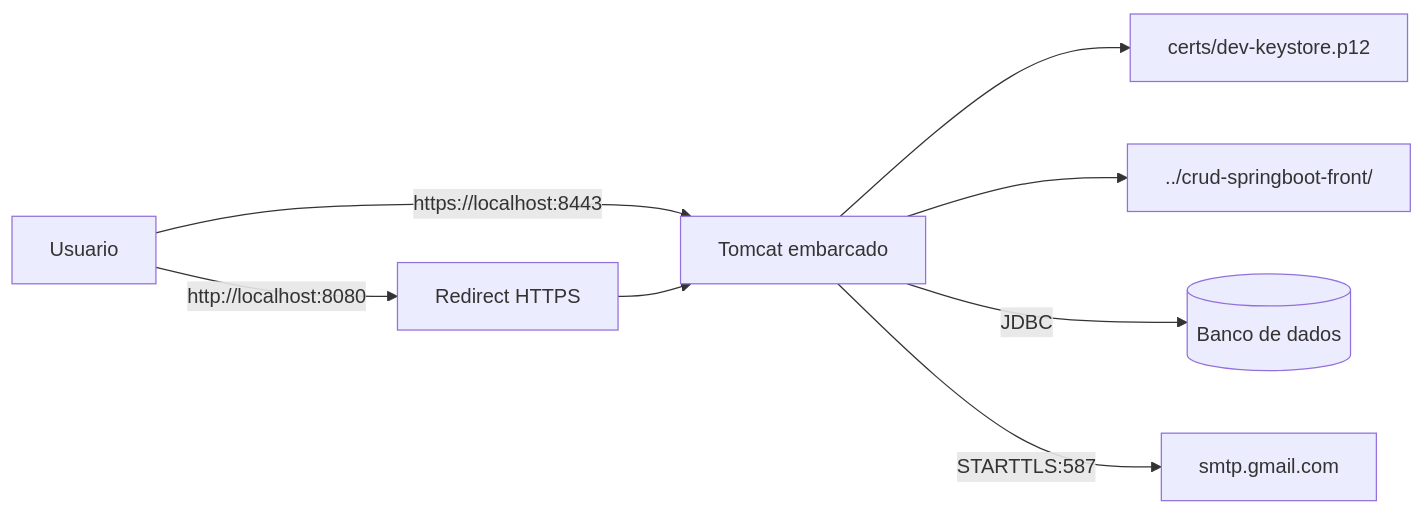
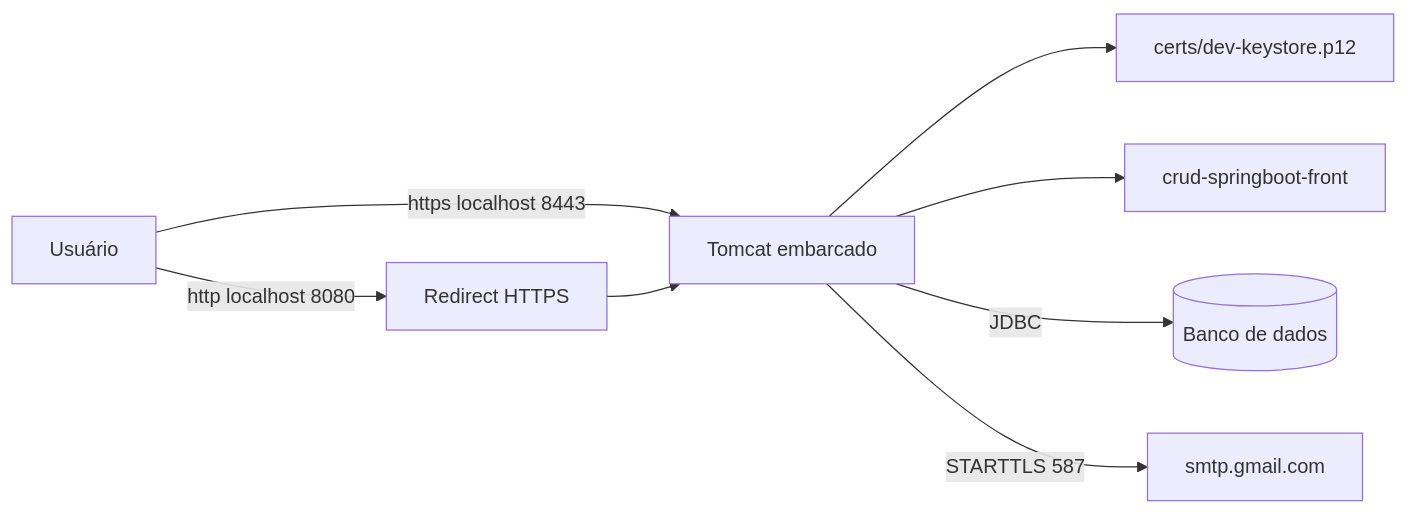
One commit to VictorHCSampaio/crud-springboot changed the second of 2 diagrams in docs/security-controls.md. Above: the diagram before and after it, drawn with Mermaid. The commit also changed other lines of this file and 6 other files, not shown here.

````diff
--- a/docs/security-controls.md
+++ b/docs/security-controls.md
@@ -60,10 +60,10 @@
 ```mermaid
 flowchart LR
-    U[Usuario] -->|https://localhost:8443| T[Tomcat embarcado]
-    U -->|http://localhost:8080| R[Redirect HTTPS]
+    U[Usuário] -->|"https localhost 8443"| T[Tomcat embarcado]
+    U -->|"http localhost 8080"| R[Redirect HTTPS]
     R --> T
-    T --> K[certs/dev-keystore.p12]
-    T --> F[../crud-springboot-front/]
-    T -->|JDBC| DB[(Banco de dados)]
-    T -->|STARTTLS:587| SMTP[smtp.gmail.com]
+    T --> K["certs/dev-keystore.p12"]
+    T --> F["crud-springboot-front"]
+    T -->|JDBC| DB[("Banco de dados")]
+    T -->|"STARTTLS 587"| SMTP["smtp.gmail.com"]
 ```
````
